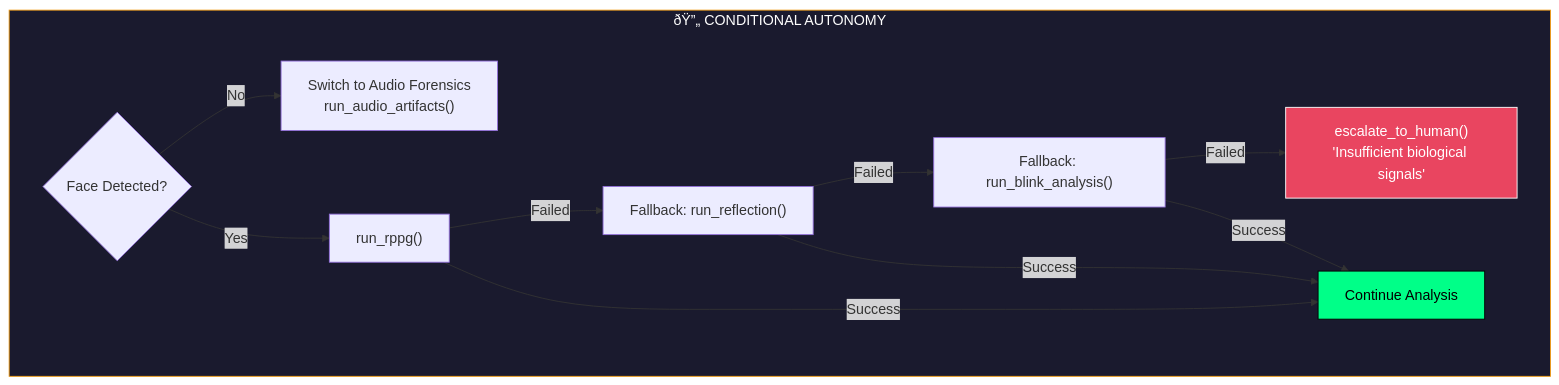
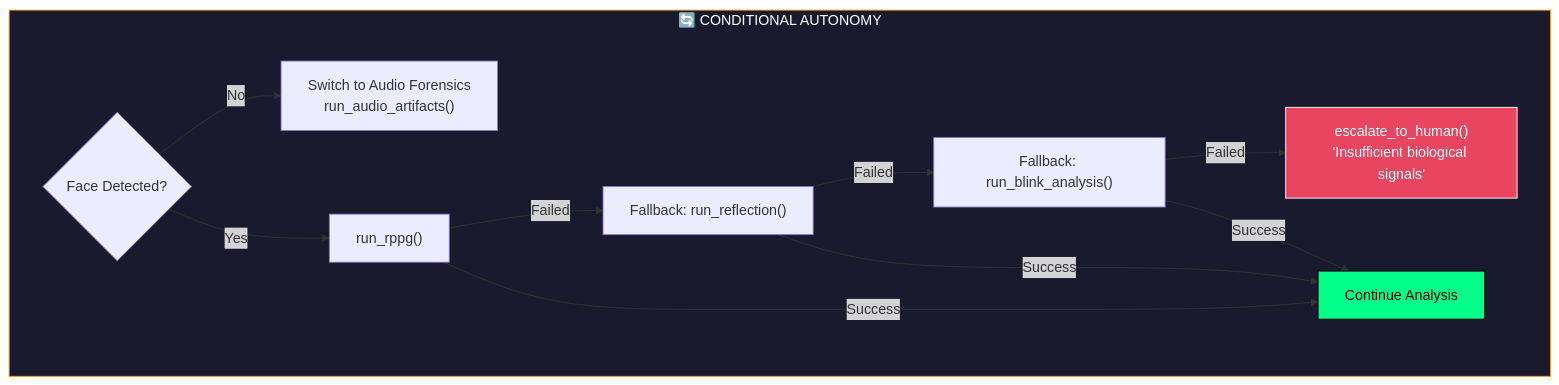
The seventh of 10 diagrams in README.md (gaurav337/Aegis-X), drawn with Mermaid before and after one commit. The commit also changed other lines of this file, not shown here.

````diff
--- a/README.md
+++ b/README.md
@@ -1097,20 +1097,20 @@
 ```mermaid
 flowchart TD
-    subgraph FALLBACK["ðŸ”„ CONDITIONAL AUTONOMY"]
+    subgraph FALLBACK["🔄 CONDITIONAL AUTONOMY"]
         F1{"Face Detected?"}
         F1 -->|"No"| AUDIO["Switch to Audio Forensics<br/>run_audio_artifacts()"]
         F1 -->|"Yes"| RPPG2["run_rppg()"]
         
         RPPG2 -->|"Failed"| GLINT["Fallback: run_reflection()"]
         GLINT -->|"Failed"| BLINK["Fallback: run_blink_analysis()"]
         BLINK -->|"Failed"| ESCALATE2["escalate_to_human()<br/>'Insufficient biological signals'"]
         
         RPPG2 -->|"Success"| CONTINUE["Continue Analysis"]
         GLINT -->|"Success"| CONTINUE
         BLINK -->|"Success"| CONTINUE
     end
 
     style FALLBACK fill:#1a1a2e,stroke:#f39c12,color:#fff
     style ESCALATE2 fill:#e94560,stroke:#fff,color:#fff
     style CONTINUE fill:#00ff88,stroke:#000,color:#000
 ```
````
